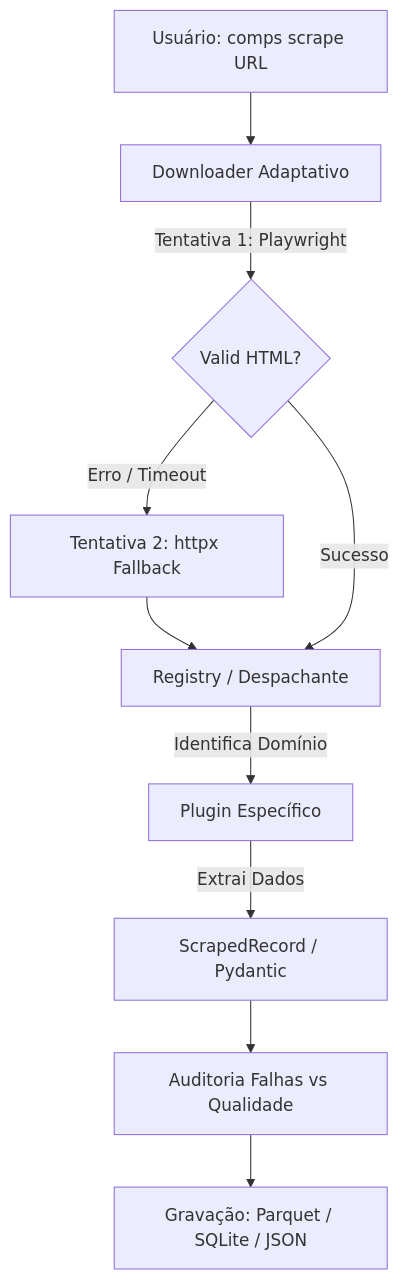
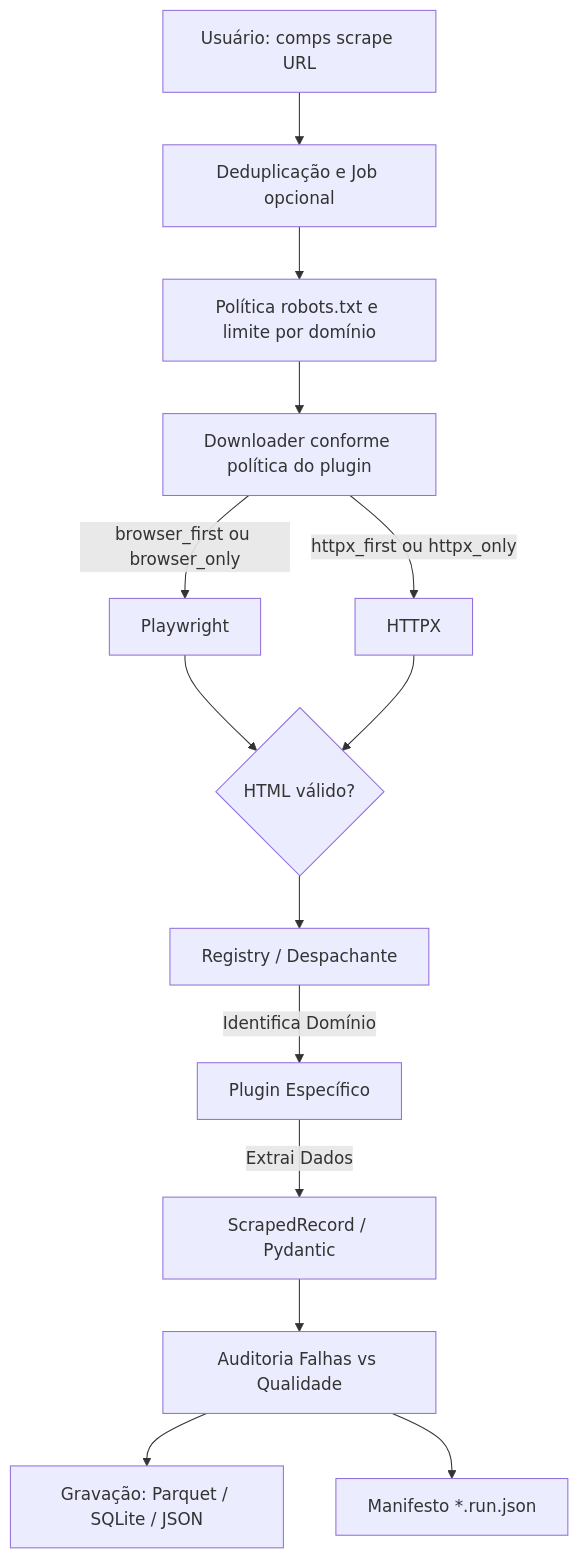
The diagram in O_QUE_SOU.md (elycbarros/compsognathus), drawn with Mermaid before and after one commit. The commit also changed other lines of this file and 17 other files, not shown here.

````diff
--- a/O_QUE_SOU.md
+++ b/O_QUE_SOU.md
@@ -74,12 +76,16 @@
 ```mermaid
 flowchart TD
-    A[Usuário: comps scrape URL] --> B[Downloader Adaptativo]
-    B -->|Tentativa 1: Playwright| C{Valid HTML?}
-    C -- Erro / Timeout --> D[Tentativa 2: httpx Fallback]
-    D --> E[Registry / Despachante]
-    C -- Sucesso --> E
-    E -->|Identifica Domínio| F[Plugin Específico]
-    F -->|Extrai Dados| G[ScrapedRecord / Pydantic]
-    G --> H[Auditoria Falhas vs Qualidade]
-    H --> I[Gravação: Parquet / SQLite / JSON]
+    A[Usuário: comps scrape URL] --> B[Deduplicação e Job opcional]
+    B --> C[Política robots.txt e limite por domínio]
+    C --> D[Downloader conforme política do plugin]
+    D -->|browser_first ou browser_only| E[Playwright]
+    D -->|httpx_first ou httpx_only| F[HTTPX]
+    E --> G{HTML válido?}
+    F --> G
+    G --> H[Registry / Despachante]
+    H -->|Identifica Domínio| I[Plugin Específico]
+    I -->|Extrai Dados| J[ScrapedRecord / Pydantic]
+    J --> K[Auditoria Falhas vs Qualidade]
+    K --> L[Gravação: Parquet / SQLite / JSON]
+    K --> M[Manifesto *.run.json]
 ```
````
